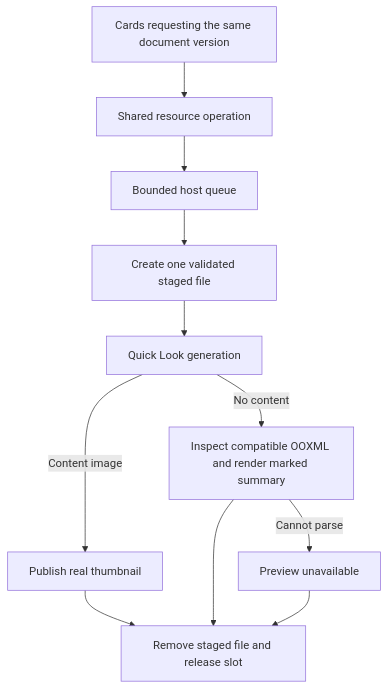
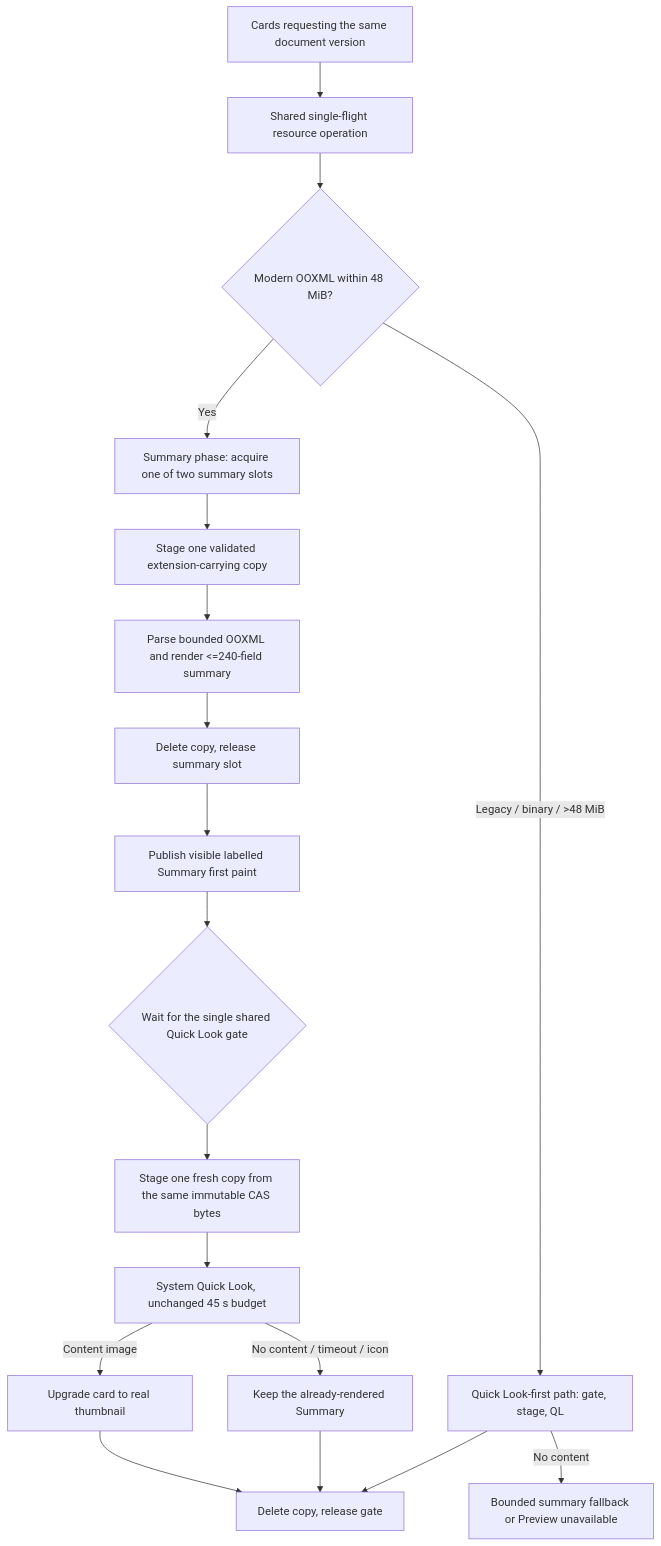
One commit to JiangNanGenius/floe-agent changed the diagram in docs/NOTES_OFFICE_PREVIEWS.md. Above: the diagram before and after it, drawn with Mermaid. The commit also changed other lines of this file and 16 other files, not shown here.

````diff
--- a/docs/NOTES_OFFICE_PREVIEWS.md
+++ b/docs/NOTES_OFFICE_PREVIEWS.md
@@ -20,13 +40,20 @@
 ```mermaid
 flowchart TD
-    A[Cards requesting the same document version] --> B[Shared resource operation]
-    B --> C[Bounded host queue]
-    C --> D[Create one validated staged file]
-    D --> E[Quick Look generation]
-    E -->|Content image| F[Publish real thumbnail]
-    E -->|No content| G[Inspect compatible OOXML and render marked summary]
-    G -->|Cannot parse| H[Preview unavailable]
-    F --> I[Remove staged file and release slot]
-    G --> I
-    H --> I
+    A[Cards requesting the same document version] --> B[Shared single-flight resource operation]
+    B --> C{Modern OOXML within 48 MiB?}
+    C -->|Yes| D[Summary phase: acquire one of two summary slots]
+    D --> E[Stage one validated extension-carrying copy]
+    E --> F[Parse bounded OOXML and render <=240-field summary]
+    F --> G[Delete copy, release summary slot]
+    G --> H[Publish visible labelled Summary first paint]
+    H --> I{Wait for the single shared Quick Look gate}
+    I --> J[Stage one fresh copy from the same immutable CAS bytes]
+    J --> K[System Quick Look, unchanged 45 s budget]
+    K -->|Content image| L[Upgrade card to real thumbnail]
+    K -->|No content / timeout / icon| M[Keep the already-rendered Summary]
+    L --> N[Delete copy, release gate]
+    M --> N
+    C -->|Legacy / binary / >48 MiB| O[Quick Look-first path: gate, stage, QL]
+    O -->|No content| P[Bounded summary fallback or Preview unavailable]
+    O --> N
 ```
````
